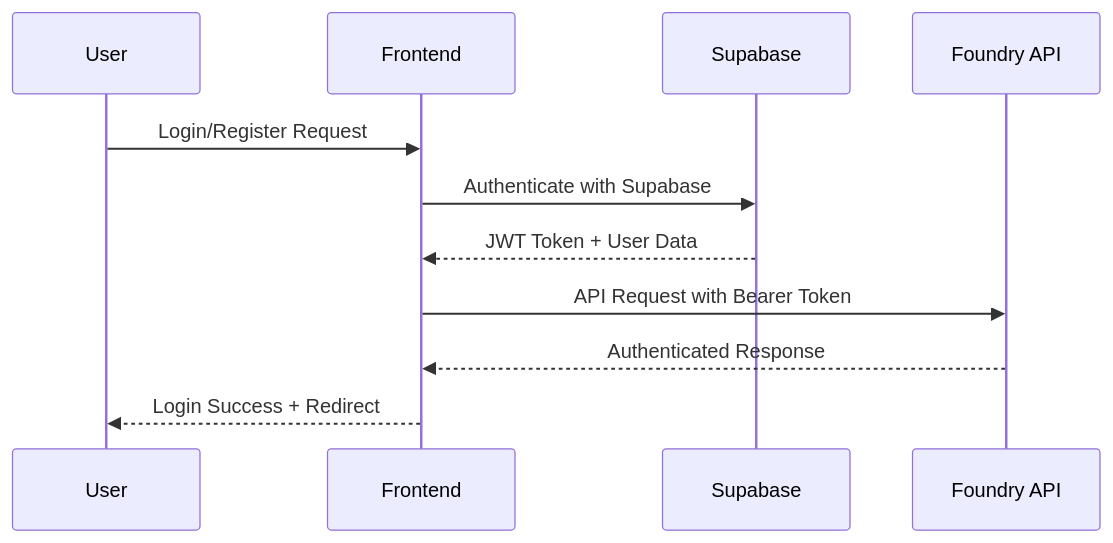
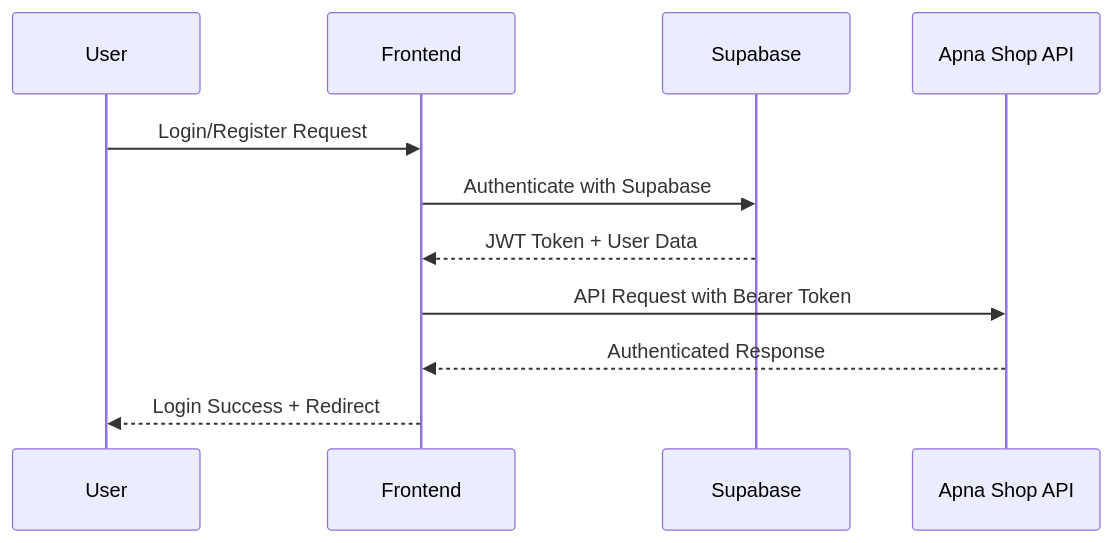
Before and after one commit to vikas-srivastava/apna-shop-next-js: the first of 15 diagrams in docs/module-flows.md, drawn with Mermaid. The commit also changed other lines of this file and 16 other files, not shown here.

````diff
--- a/docs/module-flows.md
+++ b/docs/module-flows.md
@@ -7,14 +7,14 @@
 ```mermaid
 sequenceDiagram
     participant U as User
     participant F as Frontend
     participant S as Supabase
-    participant A as Foundry API
+    participant A as Apna Shop API
 
     U->>F: Login/Register Request
     F->>S: Authenticate with Supabase
     S-->>F: JWT Token + User Data
     F->>A: API Request with Bearer Token
     A-->>F: Authenticated Response
     F-->>U: Login Success + Redirect
 ```
````
